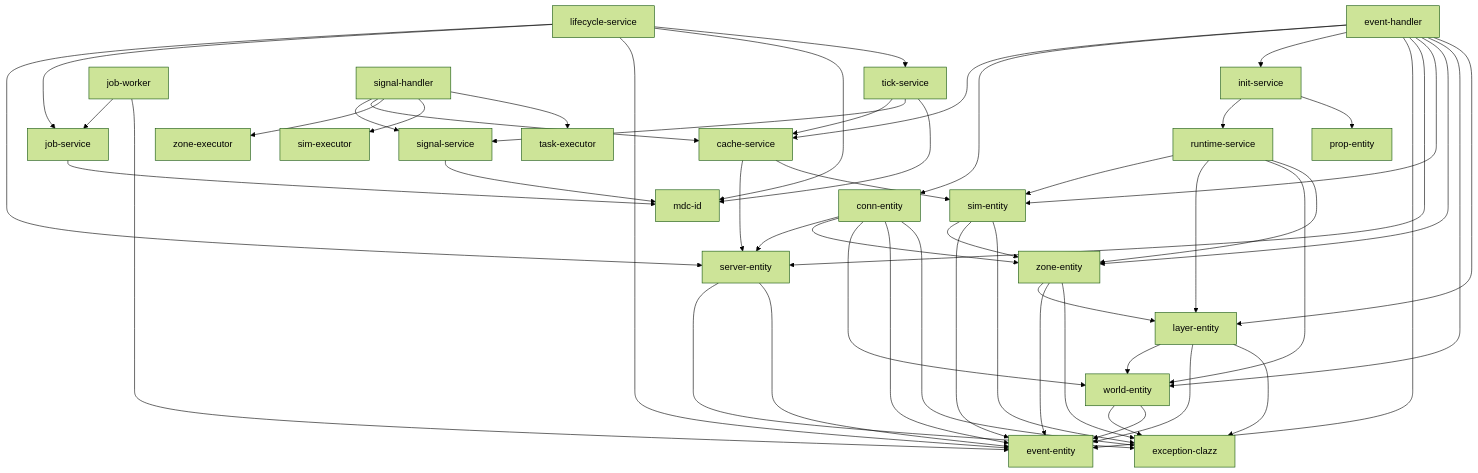
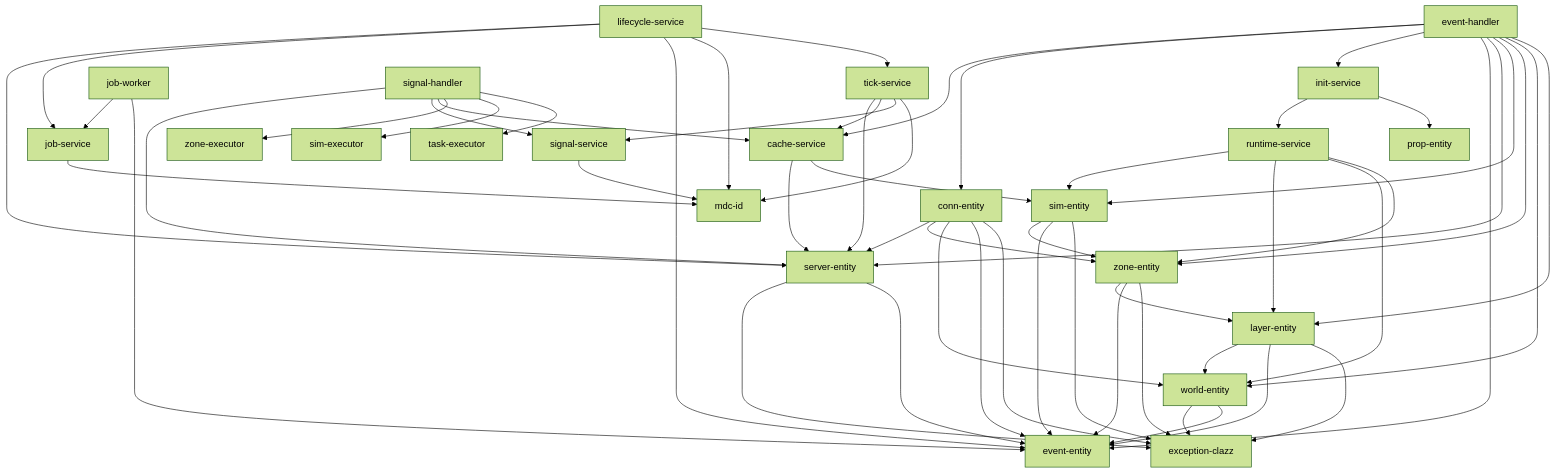
The diagram in MODULES.md (crionuke/omgcluster), drawn with Mermaid (forest theme) before and after one commit. The commit also changed 3 other files, not shown here.

````diff
--- a/MODULES.md
+++ b/MODULES.md
@@ -1,70 +1,72 @@
 ```mermaid
 graph TD
     event-handler --> cache-service
     event-handler --> conn-entity
     event-handler --> init-service
     event-handler --> event-entity
     event-handler --> server-entity
     event-handler --> sim-entity
     event-handler --> zone-entity
     event-handler --> world-entity
     event-handler --> layer-entity
 
     lifecycle-service --> server-entity
     lifecycle-service --> job-service
     lifecycle-service --> event-entity
     lifecycle-service --> mdc-id
     lifecycle-service --> tick-service
 
     init-service --> runtime-service
     init-service --> prop-entity
 
     cache-service --> server-entity
     cache-service --> sim-entity
 
     runtime-service --> sim-entity
     runtime-service --> layer-entity
     runtime-service --> world-entity
     runtime-service --> zone-entity
 
     conn-entity --> server-entity
     conn-entity --> zone-entity
     conn-entity --> world-entity
     conn-entity --> event-entity
     conn-entity --> exception-clazz
 
     sim-entity --> zone-entity
     sim-entity --> event-entity
     sim-entity --> exception-clazz
 
     zone-entity --> layer-entity
     zone-entity --> event-entity
     zone-entity --> exception-clazz
 
     layer-entity --> world-entity
     layer-entity --> event-entity
     layer-entity --> exception-clazz
 
     world-entity --> exception-clazz
     world-entity --> event-entity
 
     server-entity --> exception-clazz
     server-entity --> event-entity
 
     job-service --> mdc-id
 
     job-worker --> job-service
     job-worker --> event-entity
 
+    signal-handler --> server-entity
     signal-handler --> signal-service
     signal-handler --> cache-service
     signal-handler --> zone-executor
     signal-handler --> sim-executor
     signal-handler --> task-executor
 
     signal-service --> mdc-id
 
+    tick-service --> server-entity
     tick-service --> cache-service
     tick-service --> signal-service
     tick-service --> mdc-id
 ```
````
